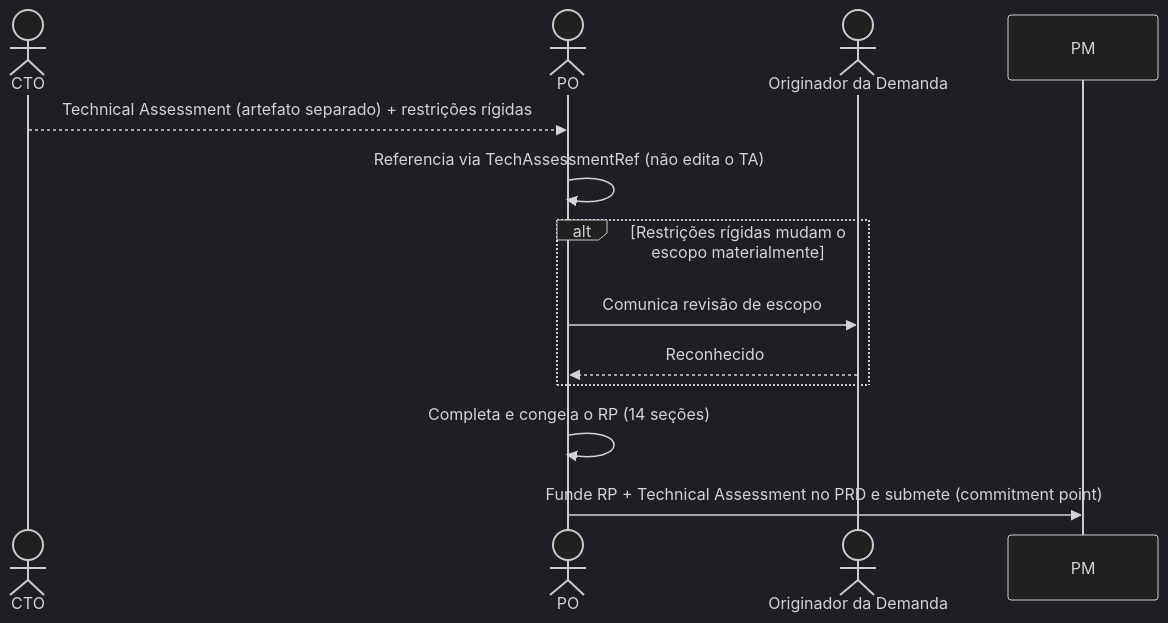
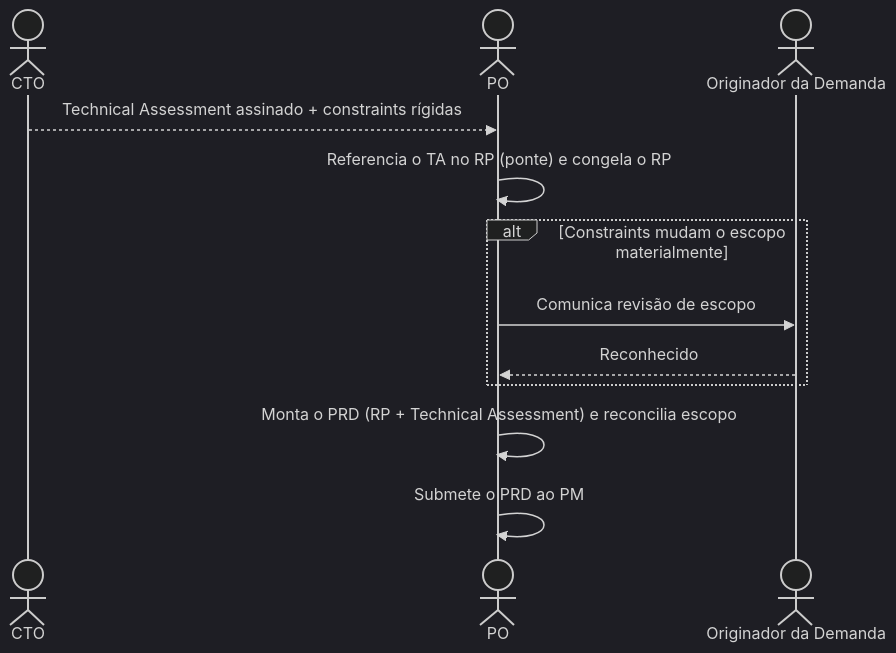
Before and after one commit to hugo-hsbtech/teamwork-process: the diagram in interactions/06-cto-to-po.md, drawn with Mermaid (dark theme). The commit also changed other lines of this file and 46 other files, not shown here.

````diff
--- a/interactions/06-cto-to-po.md
+++ b/interactions/06-cto-to-po.md
@@ -65,17 +64,17 @@
 ```mermaid
 sequenceDiagram
     actor CTO as CTO
     actor PO as PO
     actor ORIG as Originador da Demanda
 
-    CTO-->>PO: Technical Assessment (artefato separado) + restrições rígidas
-    PO->>PO: Referencia via TechAssessmentRef (não edita o TA)
+    CTO-->>PO: Technical Assessment assinado + constraints rígidas
+    PO->>PO: Referencia o TA no RP (ponte) e congela o RP
 
-    alt Restrições rígidas mudam o escopo materialmente
+    alt Constraints mudam o escopo materialmente
         PO->>ORIG: Comunica revisão de escopo
         ORIG-->>PO: Reconhecido
     end
 
-    PO->>PO: Completa e congela o RP (14 seções)
-    PO->>PM: Funde RP + Technical Assessment no PRD e submete (commitment point)
+    PO->>PO: Monta o PRD (RP + Technical Assessment) e reconcilia escopo
+    PO->>PO: Submete o PRD ao PM
 ```
````
